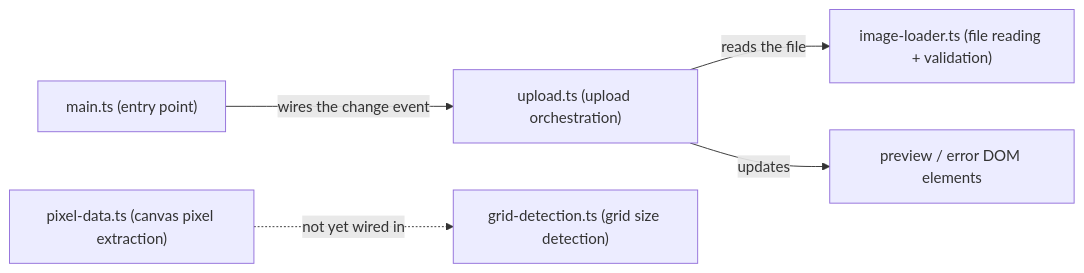
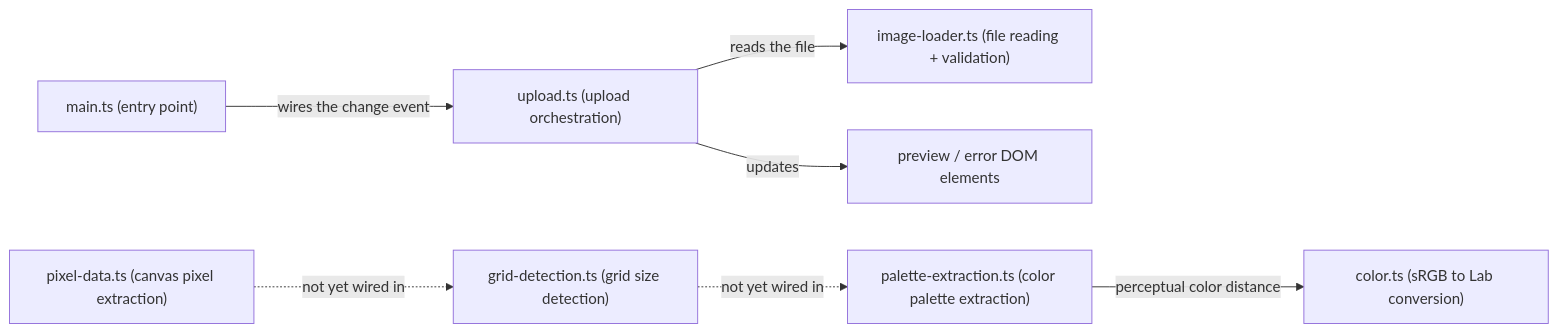
Before and after one commit to neolao/pixel-art-serializer: the diagram in docs/architecture.md, drawn with Mermaid. The commit also changed other lines of this file and 3 other files, not shown here.

````diff
--- a/docs/architecture.md
+++ b/docs/architecture.md
@@ -7,7 +7,9 @@
 ```mermaid
 flowchart LR
     main["main.ts (entry point)"] -->|wires the change event| upload["upload.ts (upload orchestration)"]
     upload -->|reads the file| loader["image-loader.ts (file reading + validation)"]
     upload -->|updates| dom["preview / error DOM elements"]
     pixeldata["pixel-data.ts (canvas pixel extraction)"] -.not yet wired in.-> griddetect["grid-detection.ts (grid size detection)"]
+    griddetect -.not yet wired in.-> palette["palette-extraction.ts (color palette extraction)"]
+    palette -->|perceptual color distance| color["color.ts (sRGB to Lab conversion)"]
 ```
````
